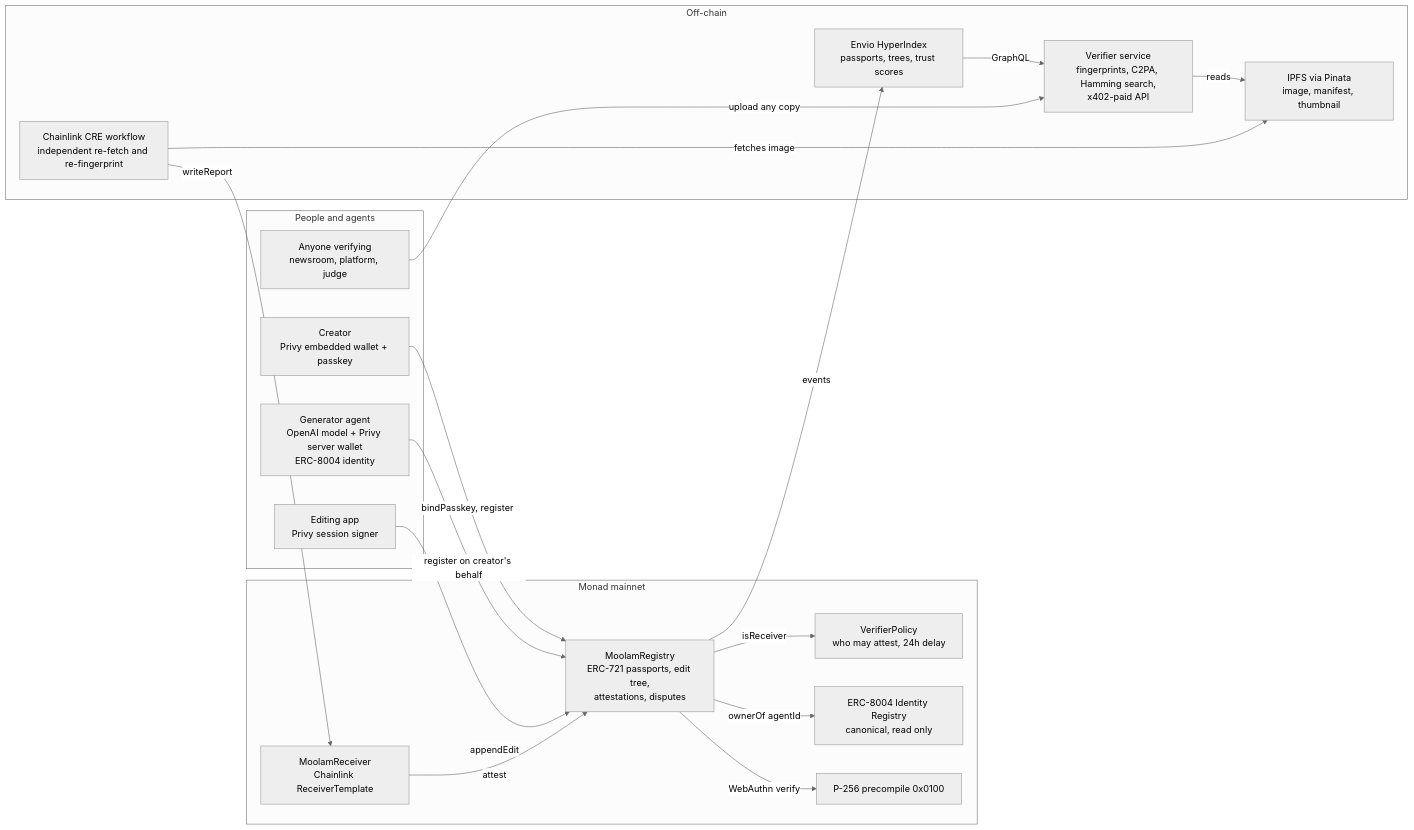
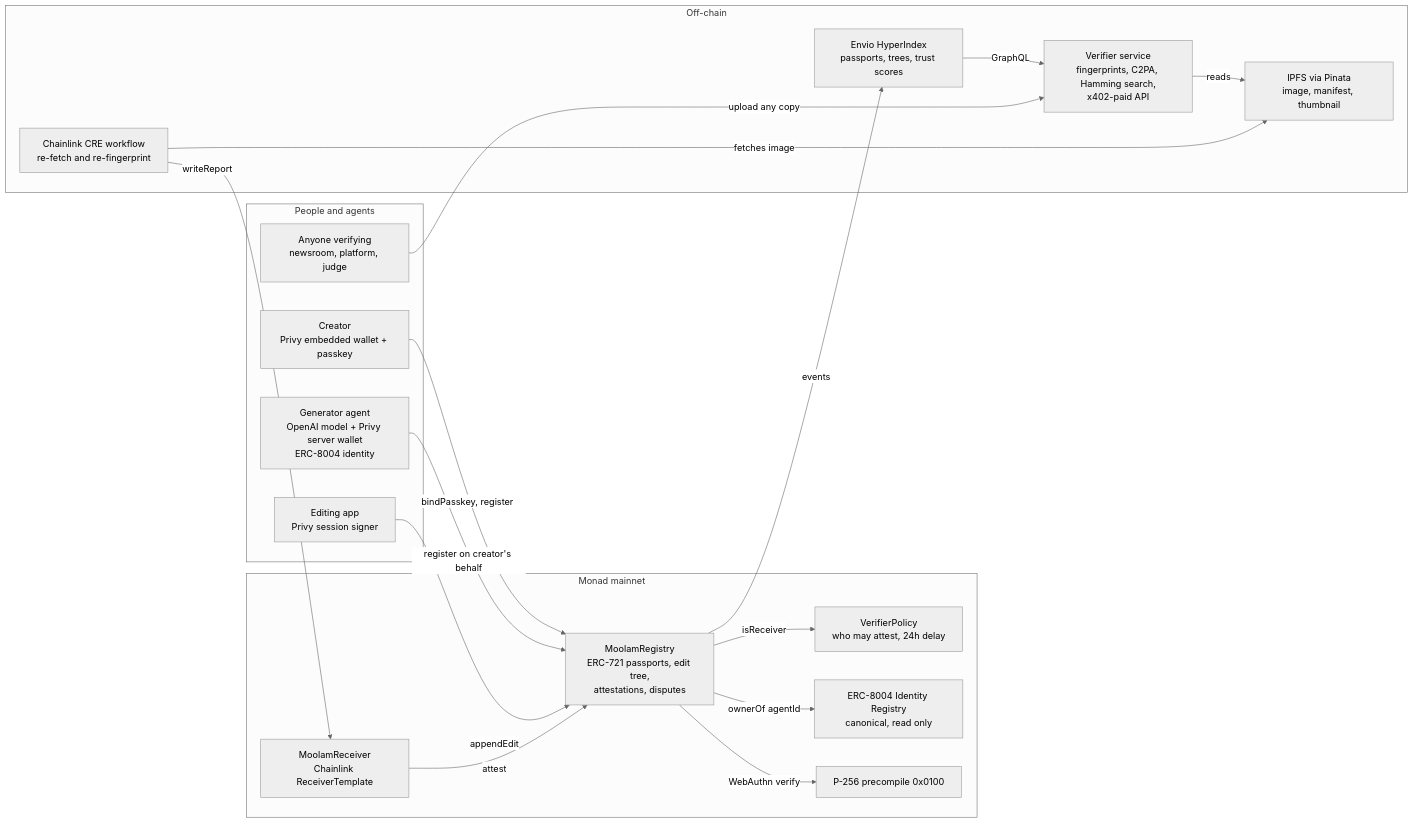
One commit to ramakrishnanhulk20/Moolam changed the first of 3 diagrams in README.md. Above: the diagram before and after it, drawn with Mermaid (neutral theme). The commit also changed other lines of this file and 20 other files, not shown here.

````diff
--- a/README.md
+++ b/README.md
@@ -191,37 +196,37 @@
 ```mermaid
 flowchart LR
     subgraph People and agents
         C[Creator<br/>Privy embedded wallet + passkey]
         G[Generator agent<br/>OpenAI model + Privy server wallet<br/>ERC-8004 identity]
         E[Editing app<br/>Privy session signer]
         V[Anyone verifying<br/>newsroom, platform, judge]
     end
 
     subgraph Monad mainnet
         R[MoolamRegistry<br/>ERC-721 passports, edit tree,<br/>attestations, disputes]
         P[VerifierPolicy<br/>who may attest, 24h delay]
         RC[MoolamReceiver<br/>Chainlink ReceiverTemplate]
         I8[ERC-8004 Identity Registry<br/>canonical, read only]
         PC[P-256 precompile 0x0100]
     end
 
     subgraph Off-chain
         S[Verifier service<br/>fingerprints, C2PA, Hamming search,<br/>x402-paid API]
         X[Envio HyperIndex<br/>passports, trees, trust scores]
-        W[Chainlink CRE workflow<br/>independent re-fetch and re-fingerprint]
+        W[Chainlink CRE workflow<br/>re-fetch and re-fingerprint]
         F[IPFS via Pinata<br/>image, manifest, thumbnail]
     end
 
     C -- bindPasskey, register --> R
     G -- register on creator's behalf --> R
     E -- appendEdit --> R
     R -- WebAuthn verify --> PC
     R -- ownerOf agentId --> I8
     R -- isReceiver --> P
     W -- writeReport --> RC -- attest --> R
     R -- events --> X
     X -- GraphQL --> S
     S -- reads --> F
     W -- fetches image --> F
     V -- upload any copy --> S
 ```
````
